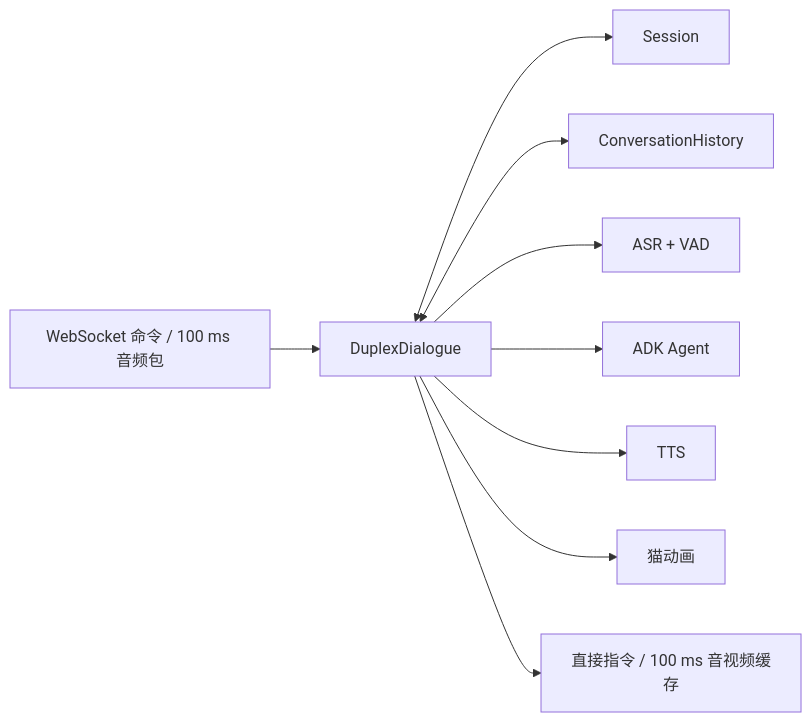
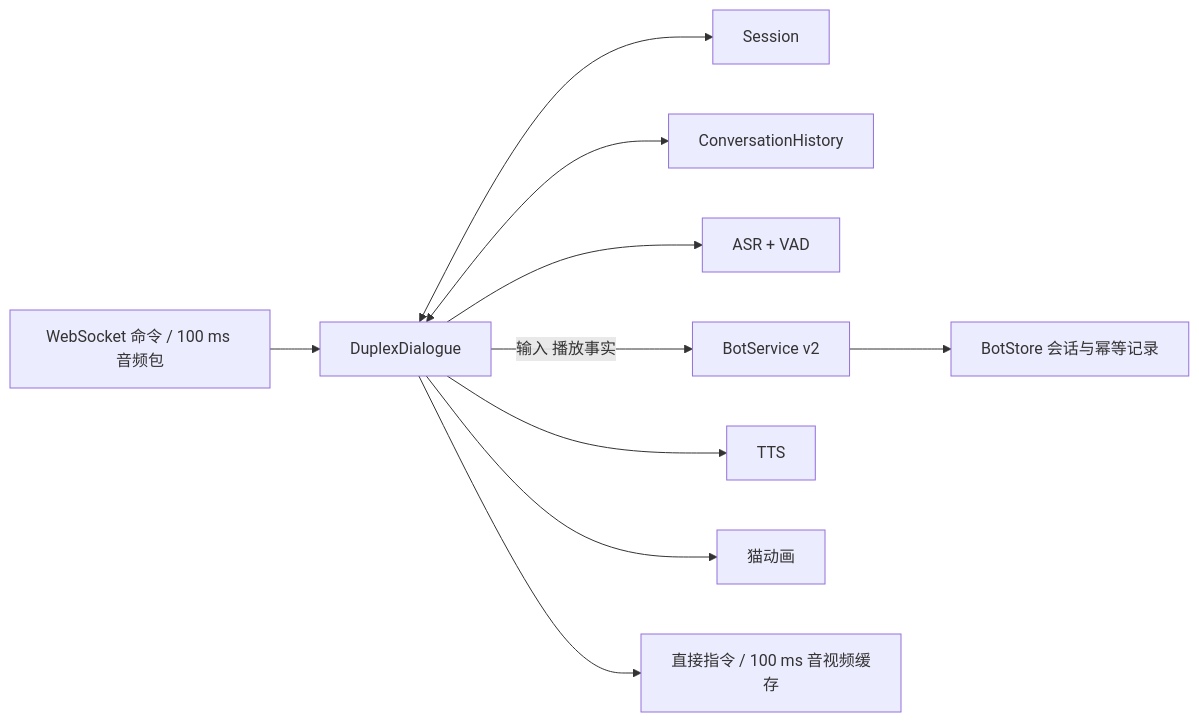
One commit to chen1220502052/real-time-voice changed the first of 3 diagrams in docs/04-duplex-dialogue-design.md. Above: the diagram before and after it, drawn with Mermaid. The commit also changed other lines of this file and 532 other files, not shown here.

````diff
--- a/docs/04-duplex-dialogue-design.md
+++ b/docs/04-duplex-dialogue-design.md
@@ -9,11 +9,12 @@
 ```mermaid
 flowchart LR
   I[WebSocket 命令 / 100 ms 音频包] --> D[DuplexDialogue]
   D <--> S[Session]
   D <--> H[ConversationHistory]
   D --> A[ASR + VAD]
-  D --> G[ADK Agent]
+  D -->|输入 播放事实| G[BotService v2]
+  G --> BS[BotStore 会话与幂等记录]
   D --> T[TTS]
   D --> C[猫动画]
   D --> O[直接指令 / 100 ms 音视频缓存]
 ```
````
